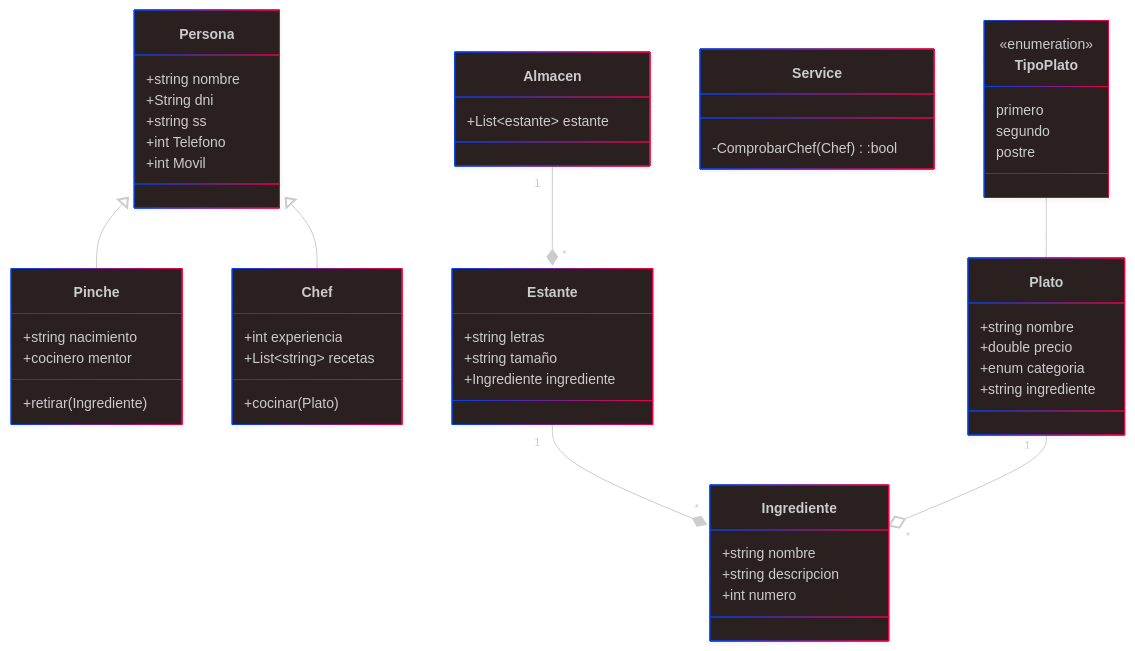
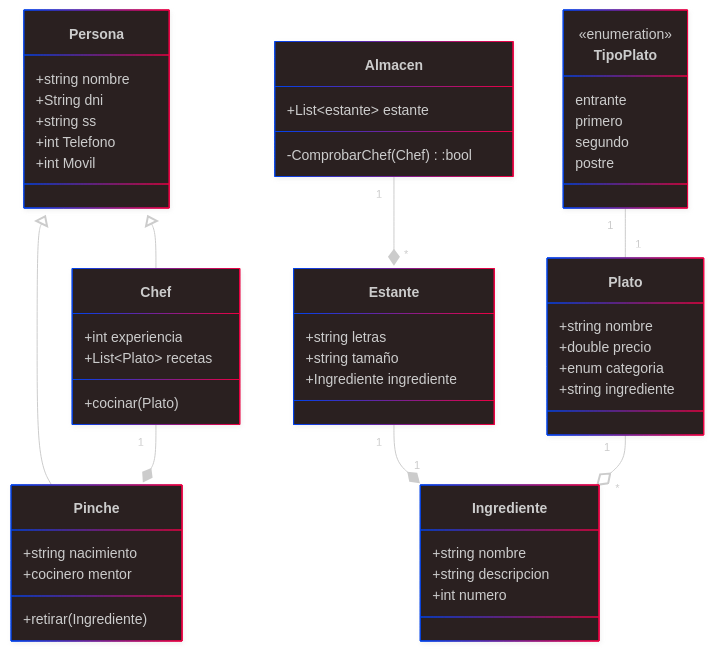
Before and after one commit to MrErikmu/ejercicios: the diagram in GourmetOS/Diagrams/DiagramaClasesGourmetOS.mmd, drawn with Mermaid. The commit also changed 53 other files, not shown here.

```diff
--- a/GourmetOS/Diagrams/DiagramaClasesGourmetOS.mmd
+++ b/GourmetOS/Diagrams/DiagramaClasesGourmetOS.mmd
@@ -1,68 +1,69 @@
 ---
 config:
   look: neo
   theme: neo-dark
 ---
 classDiagram
 direction TB
     class Persona {
 	    +string nombre
 	    +String dni
 	    +string ss
 	    +int Telefono
 	    +int Movil
     }
 
     class Pinche {
 	    +string nacimiento
 	    +cocinero mentor
 	    +retirar(Ingrediente)
     }
 
     class Chef {
 	    +int experiencia
-	    +List~string~ recetas
+	    +List~Plato~ recetas
 	    +cocinar(Plato)
     }
 
     class Almacen {
 		+List~estante~ estante
+		-ComprobarChef(Chef) :bool
+		
     }
 
     class Estante {
 	    +string letras
 	    +string tamaño
 	    +Ingrediente ingrediente
     }
 
     class Ingrediente {
 	    +string nombre
 	    +string descripcion
 	    +int numero
     }
 
     class Plato {
 	    +string nombre
 	    +double precio
 	    +enum categoria
 	    +string ingrediente
     }
 
-    class Service {
-	    -ComprobarChef(Chef) :bool
-    }
-
     class TipoPlato {
+        entrante
 	    primero
 	    segundo
 	    postre
     }
 
 	<<enumeration>> TipoPlato
+	
 
     Persona <|-- Pinche
     Persona <|-- Chef
+    Chef "1" --* Pinche
     Almacen "1" --* "*" Estante
-    Estante "1" --* "*" Ingrediente
+    Estante "1" --* "1" Ingrediente
     Plato "1" --o "*" Ingrediente
-    TipoPlato -- Plato
+    TipoPlato "1" -- "1" Plato
```
